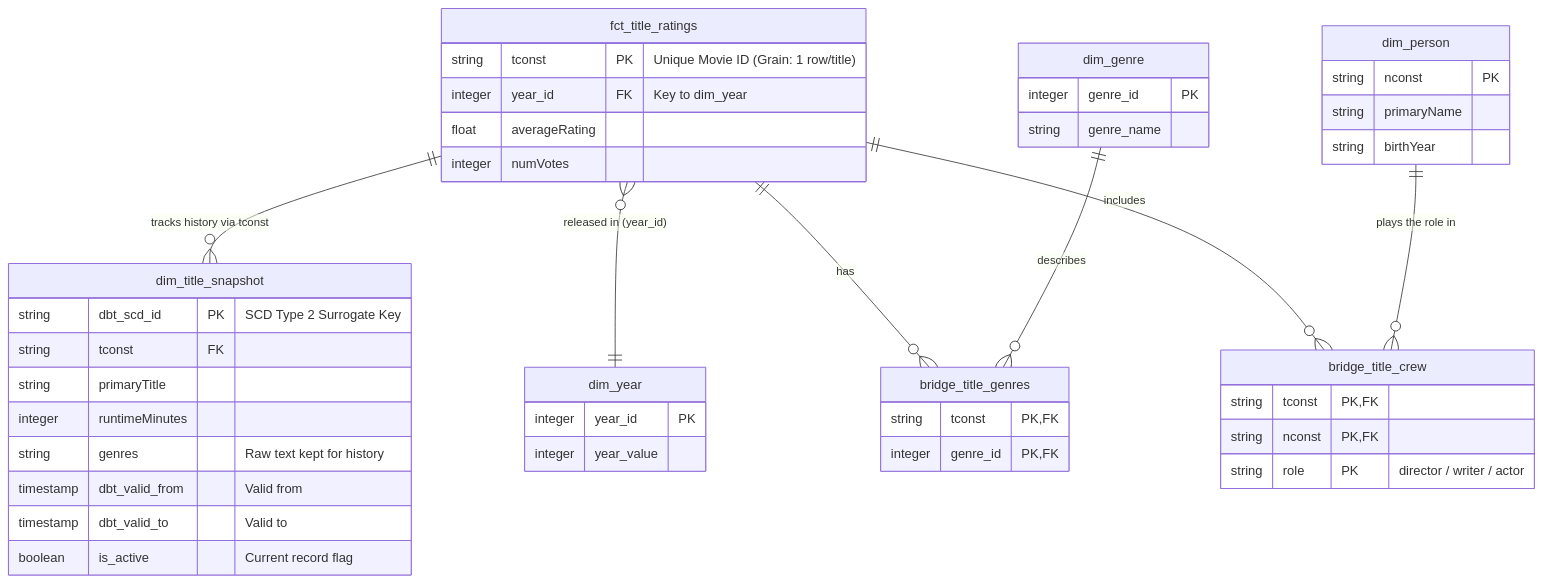
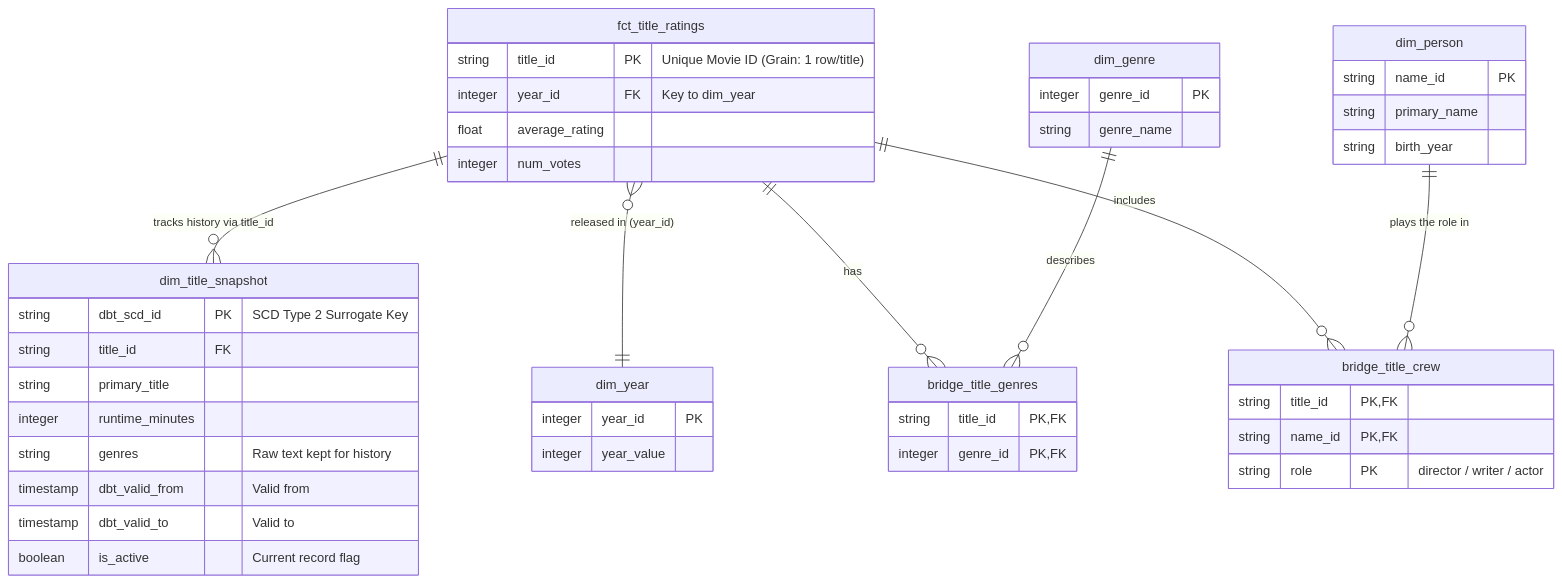
Before and after one commit to MihaiSvn/IMDb-data-pipeline: the diagram in db_star.md, drawn with Mermaid. The commit also changed 11 other files, not shown here.

````diff
--- a/db_star.md
+++ b/db_star.md
@@ -7,61 +7,61 @@
 ```mermaid
 erDiagram
     %% FACT TABLE
     fct_title_ratings {
-        string tconst PK "Unique Movie ID (Grain: 1 row/title)"
+        string title_id PK "Unique Movie ID (Grain: 1 row/title)"
         integer year_id FK "Key to dim_year"
-        float averageRating
-        integer numVotes
+        float average_rating
+        integer num_votes
     }
 
     %% DIMENSION TABLES
     dim_title_snapshot {
         string dbt_scd_id PK "SCD Type 2 Surrogate Key"
-        string tconst FK
-        string primaryTitle
-        integer runtimeMinutes
+        string title_id FK
+        string primary_title
+        integer runtime_minutes
         string genres "Raw text kept for history"
         timestamp dbt_valid_from "Valid from"
         timestamp dbt_valid_to "Valid to"
         boolean is_active "Current record flag"
     }
 
     dim_person {
-        string nconst PK
-        string primaryName
-        string birthYear
+        string name_id PK
+        string primary_name
+        string birth_year
     }
 
     dim_genre {
         integer genre_id PK
         string genre_name
     }
 
     dim_year {
         integer year_id PK
         integer year_value
     }
 
     %% BRIDGE TABLES
     bridge_title_genres {
-        string tconst PK, FK
+        string title_id PK, FK
         integer genre_id PK, FK
     }
 
     bridge_title_crew {
-        string tconst PK, FK
-        string nconst PK, FK
+        string title_id PK, FK
+        string name_id PK, FK
         string role PK "director / writer / actor"
     }
 
     %% RELATIONSHIPS (Star Links)
-    fct_title_ratings ||--o{ dim_title_snapshot : "tracks history via tconst"
+    fct_title_ratings ||--o{ dim_title_snapshot : "tracks history via title_id"
     fct_title_ratings }o--|| dim_year : "released in (year_id)"
 
     %% Many-to-Many Relationships resolved via Bridge
     fct_title_ratings ||--o{ bridge_title_genres : "has"
     dim_genre ||--o{ bridge_title_genres : "describes"
 
     fct_title_ratings ||--o{ bridge_title_crew : "includes"
     dim_person ||--o{ bridge_title_crew : "plays the role in"
 ```
````
